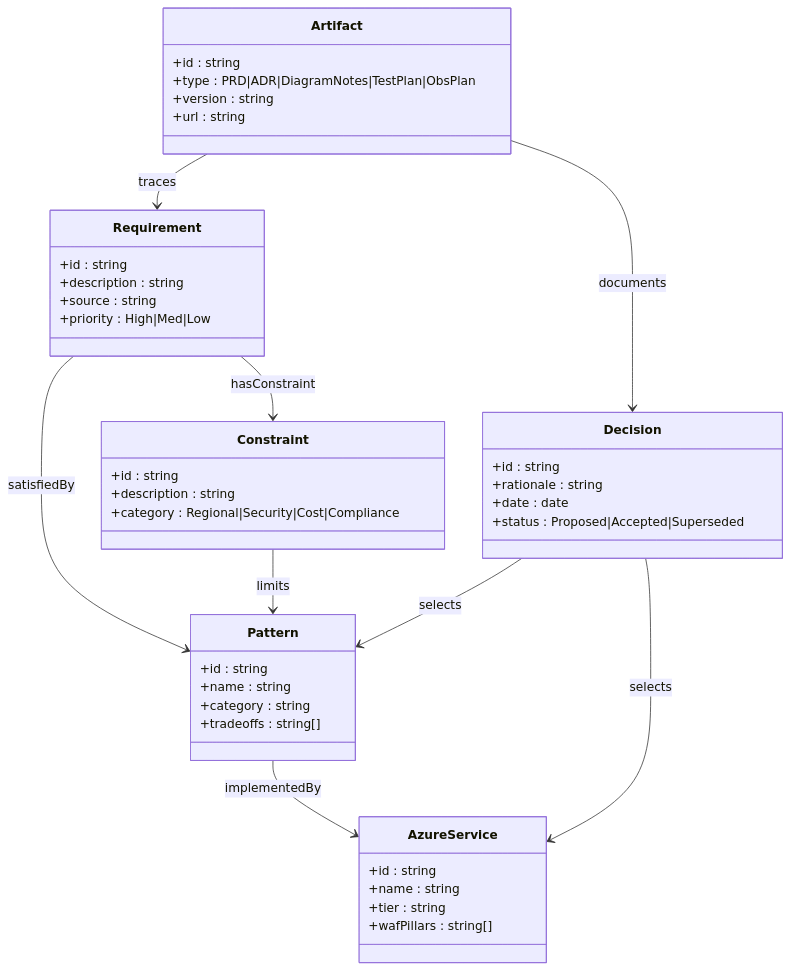
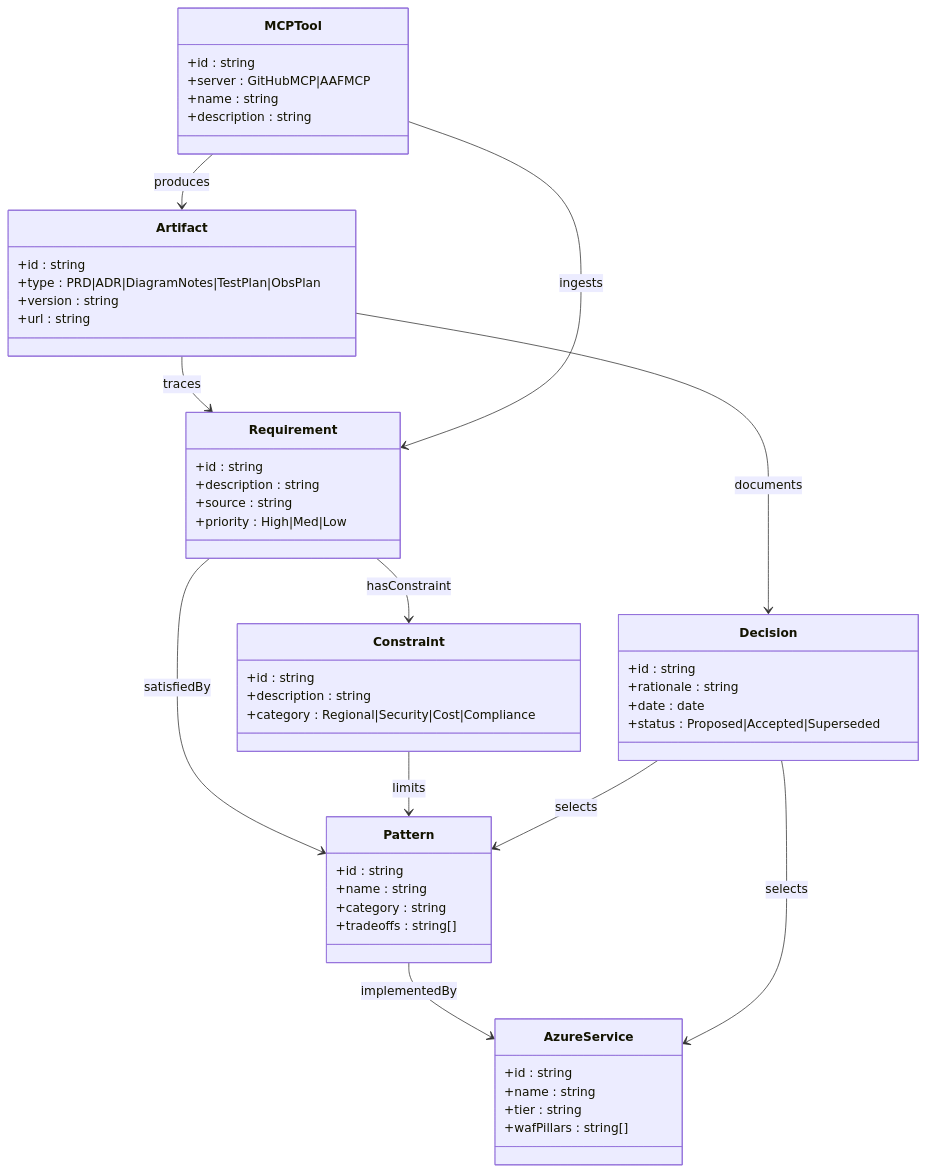
One commit to fbabaei/azure-architecture-factory changed the second of 6 diagrams in docs/AAF_ONTOLOGY_DIAGRAMS.md. Above: the diagram before and after it, drawn with Mermaid. The commit also changed other lines of this file and 1 other file, not shown here.

Commit message:
docs(ontology): update ontology models and scoping diagram for GitHub MCP integration

````diff
--- a/docs/AAF_ONTOLOGY_DIAGRAMS.md
+++ b/docs/AAF_ONTOLOGY_DIAGRAMS.md
@@ -74,47 +82,56 @@
 ```mermaid
 classDiagram
     class Requirement {
         +id : string
         +description : string
         +source : string
         +priority : High|Med|Low
     }
     class Constraint {
         +id : string
         +description : string
         +category : Regional|Security|Cost|Compliance
     }
     class Pattern {
         +id : string
         +name : string
         +category : string
         +tradeoffs : string[]
     }
     class AzureService {
         +id : string
         +name : string
         +tier : string
         +wafPillars : string[]
     }
     class Decision {
         +id : string
         +rationale : string
         +date : date
         +status : Proposed|Accepted|Superseded
     }
     class Artifact {
         +id : string
         +type : PRD|ADR|DiagramNotes|TestPlan|ObsPlan
         +version : string
         +url : string
     }
 
+    class MCPTool {
+        +id : string
+        +server : GitHubMCP|AAFMCP
+        +name : string
+        +description : string
+    }
+
     Requirement --> Constraint : hasConstraint
     Requirement --> Pattern : satisfiedBy
     Constraint --> Pattern : limits
     Pattern --> AzureService : implementedBy
     Decision --> Pattern : selects
     Decision --> AzureService : selects
     Artifact --> Decision : documents
     Artifact --> Requirement : traces
+    MCPTool --> Artifact : produces
+    MCPTool --> Requirement : ingests
 ```
````
